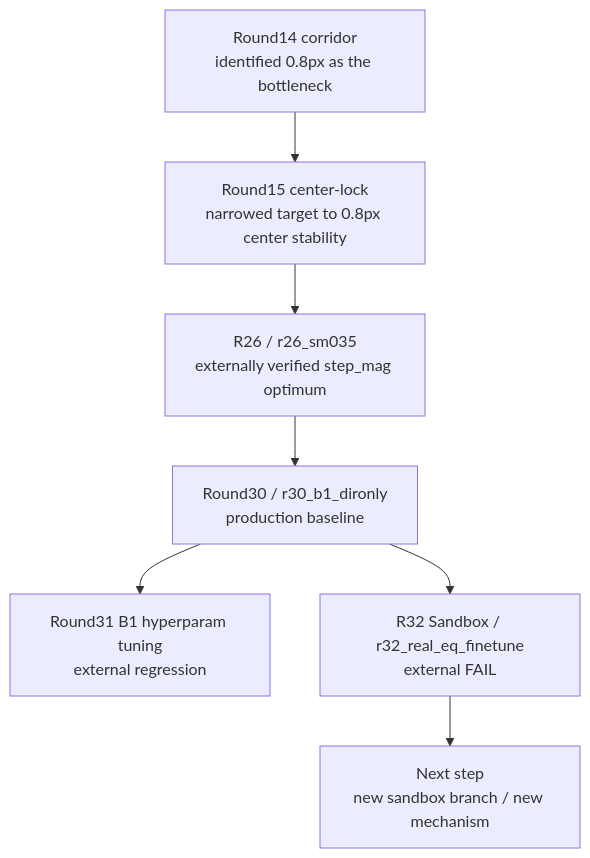
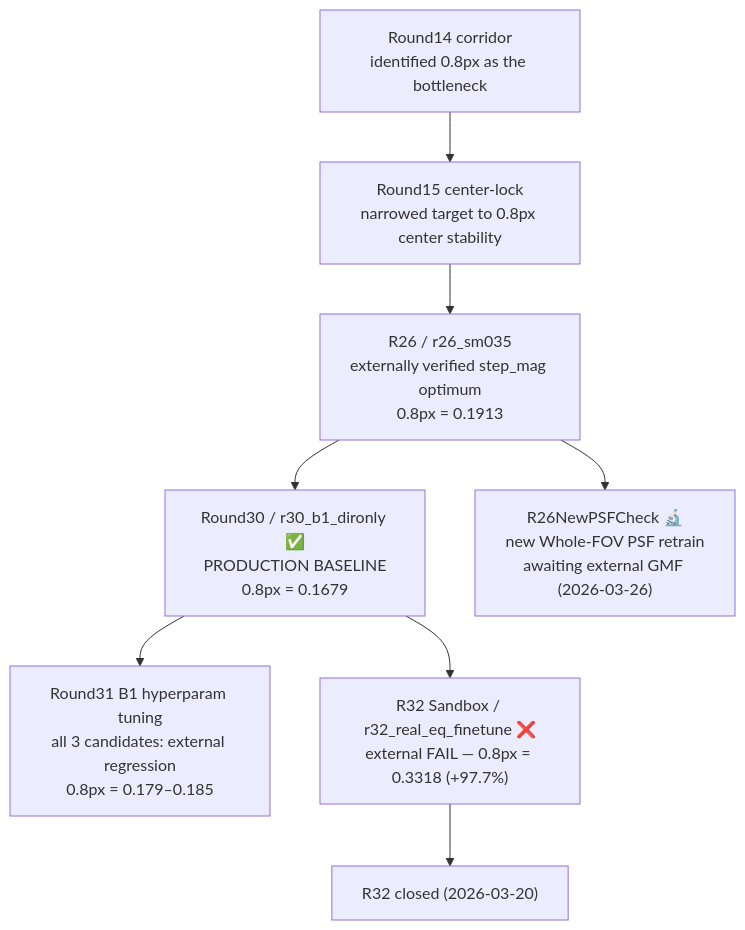
One commit to rio10255254/GMM_2_Final changed the diagram in docs/analysis/RESEARCH_PATHS.md. Above: the diagram before and after it, drawn with Mermaid. The commit also changed other lines of this file and 12 other files, not shown here.

````diff
--- a/docs/analysis/RESEARCH_PATHS.md
+++ b/docs/analysis/RESEARCH_PATHS.md
@@ -8,9 +8,10 @@
 ```mermaid
 flowchart TD
     R14["Round14 corridor<br/>identified 0.8px as the bottleneck"] --> R15["Round15 center-lock<br/>narrowed target to 0.8px center stability"]
-    R15 --> R26["R26 / r26_sm035<br/>externally verified step_mag optimum"]
-    R26 --> R30["Round30 / r30_b1_dironly<br/>production baseline"]
-    R30 --> R31["Round31 B1 hyperparam tuning<br/>external regression"]
-    R30 --> R32["R32 Sandbox / r32_real_eq_finetune<br/>external FAIL"]
-    R32 --> NEXT["Next step<br/>new sandbox branch / new mechanism"]
+    R15 --> R26["R26 / r26_sm035<br/>externally verified step_mag optimum<br/>0.8px = 0.1913"]
+    R26 --> R30["Round30 / r30_b1_dironly ✅<br/>PRODUCTION BASELINE<br/>0.8px = 0.1679"]
+    R30 --> R31["Round31 B1 hyperparam tuning<br/>all 3 candidates: external regression<br/>0.8px = 0.179–0.185"]
+    R30 --> R32["R32 Sandbox / r32_real_eq_finetune ❌<br/>external FAIL — 0.8px = 0.3318 (+97.7%)"]
+    R32 --> CLOSED["R32 closed (2026-03-20)"]
+    R26 --> R26PSF["R26NewPSFCheck 🔬<br/>new Whole-FOV PSF retrain<br/>awaiting external GMF (2026-03-26)"]
 ```
````
